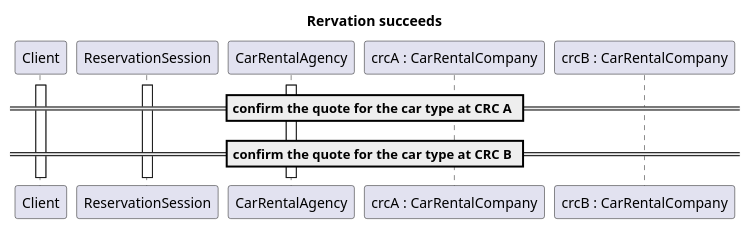
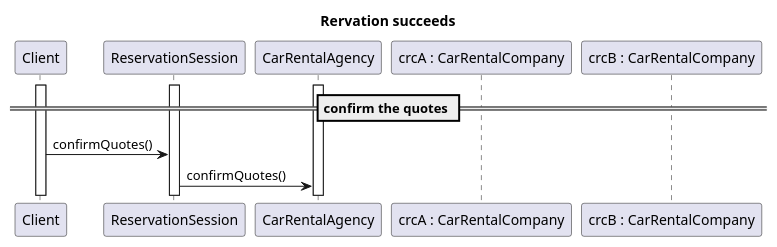
One commit to Bhamoss/java_rmi_ds_project changed the diagram in diagrams/sequenceDiagrams/reservationSucceeds.puml. Above: the diagram before and after it, drawn with PlantUML. The commit also changed 3 other files, not shown here.

```diff
--- a/diagrams/sequenceDiagrams/reservationSucceeds.puml
+++ b/diagrams/sequenceDiagrams/reservationSucceeds.puml
@@ -1,23 +1,25 @@
 @startuml
 title "Rervation succeeds"
 
 participant Client
 participant ReservationSession
 participant CarRentalAgency
 participant "crcA : CarRentalCompany" as CarRentalCompanyA
 participant "crcB : CarRentalCompany" as CarRentalCompanyB
 
 
 activate Client
 activate ReservationSession
 activate CarRentalAgency
 
-== confirm the quote for the car type at CRC A ==
+== confirm the quotes ==
 
-
-== confirm the quote for the car type at CRC B ==
+Client -> ReservationSession: confirmQuotes()
+ReservationSession -> CarRentalAgency: confirmQuotes()
+' TODO: verder aanvullen wat cra met confirmquotes doet
+'   zijn quotes nog valid, zo ja confirm ze
 
 
 
 
 @enduml
```
